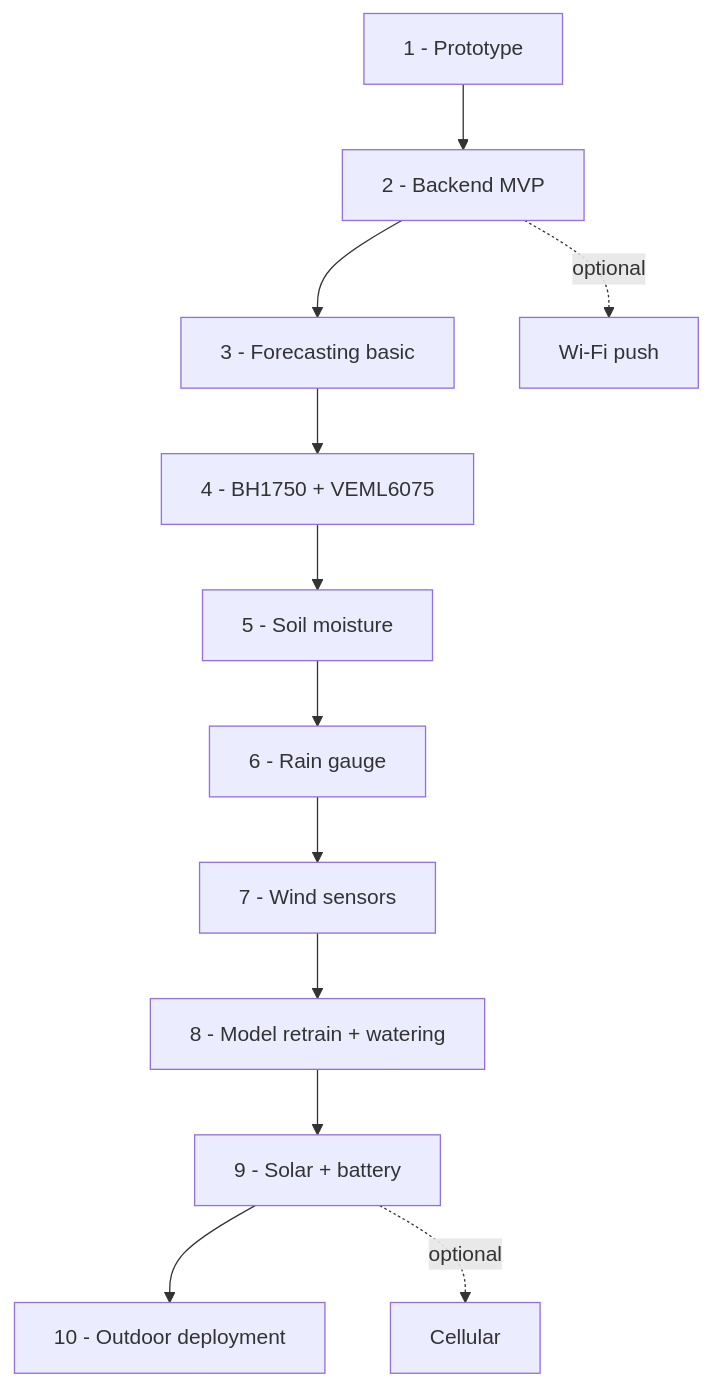
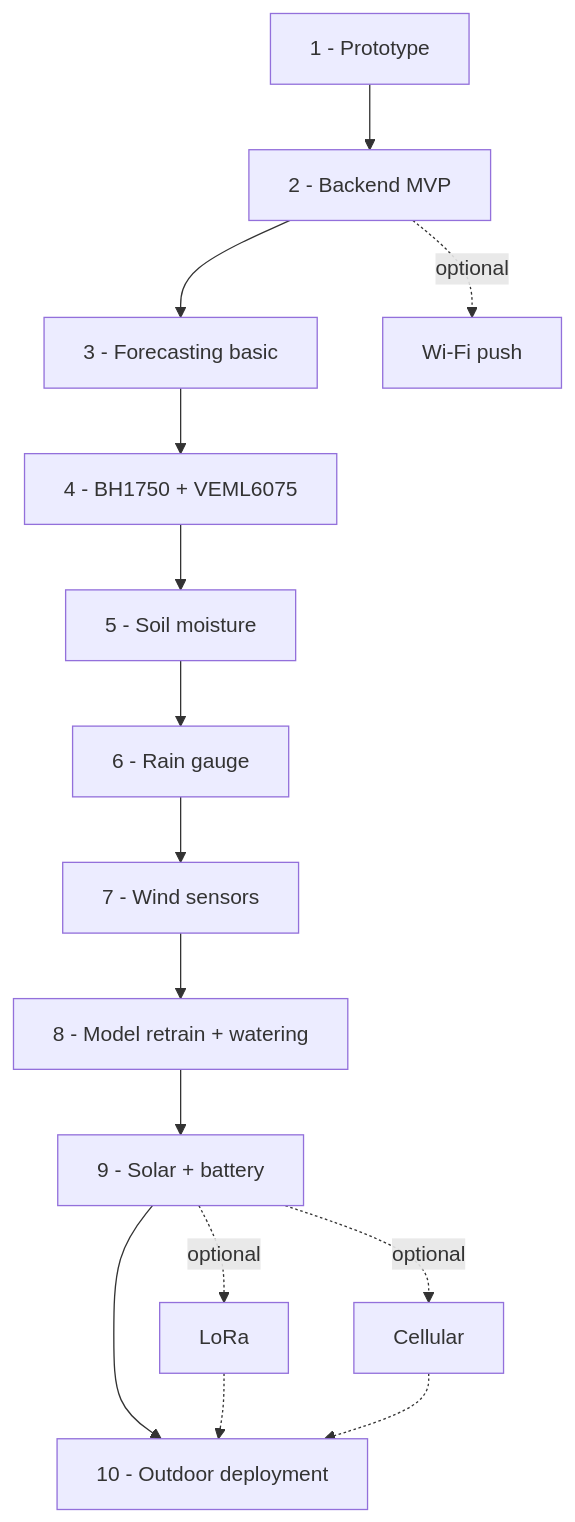
The diagram in README.md (wg1d/personal-autonomous-weather-station), drawn with Mermaid before and after one commit. The commit also changed other lines of this file and 2 other files, not shown here.

````diff
--- a/README.md
+++ b/README.md
@@ -32,14 +33,17 @@
 ```mermaid
 flowchart TD
     P1[1 - Prototype] --> P2[2 - Backend MVP]
     P2 --> P3[3 - Forecasting basic]
     P3 --> P4[4 - BH1750 + VEML6075]
     P4 --> P5[5 - Soil moisture]
     P5 --> P6[6 - Rain gauge]
     P6 --> P7[7 - Wind sensors]
     P7 --> P8[8 - Model retrain + watering]
     P8 --> P9[9 - Solar + battery]
     P9 --> P10[10 - Outdoor deployment]
     P2 -. optional .-> OWifi[Wi-Fi push]
+    P9 -. optional .-> OLora[LoRa]
     P9 -. optional .-> OCellular[Cellular]
+    OLora .-> P10
+    OCellular .-> P10
 ```
````
